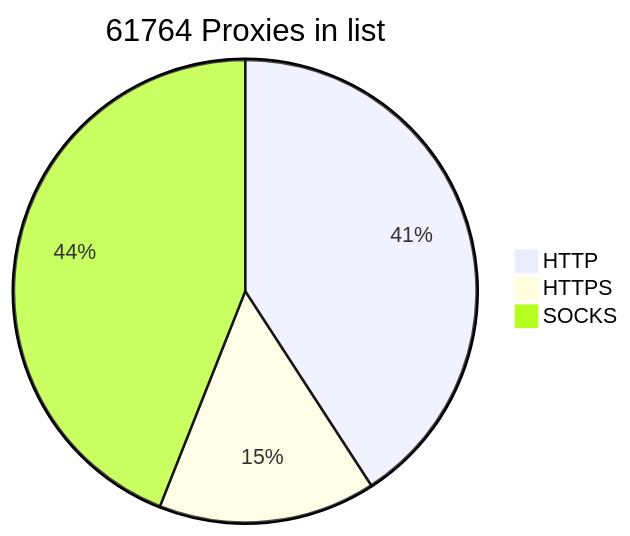
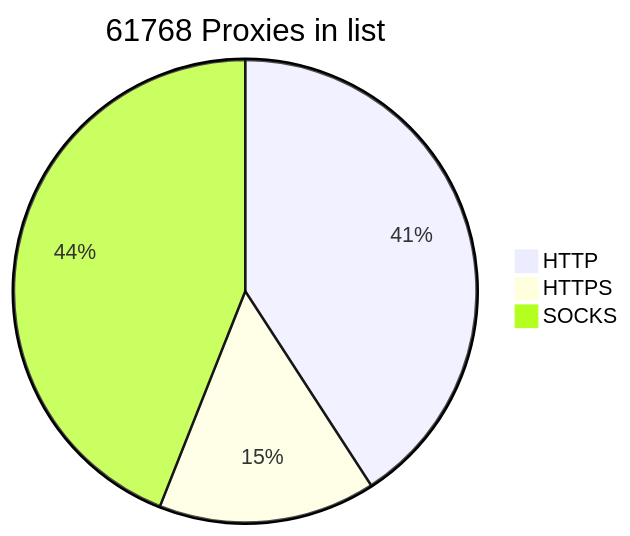
One commit to BlackSnowDot/proxylist-update-every-minute changed the diagram in README.md. Above: the diagram before and after it, drawn with Mermaid.

````diff
--- a/README.md
+++ b/README.md
@@ -2,6 +2,6 @@
 ```mermaid
-pie title 61764 Proxies in list
-    "HTTP" : 28637
+pie title 61768 Proxies in list
+    "HTTP" : 28641
     "HTTPS": 10637
     "SOCKS" : 30846
 ```
````
